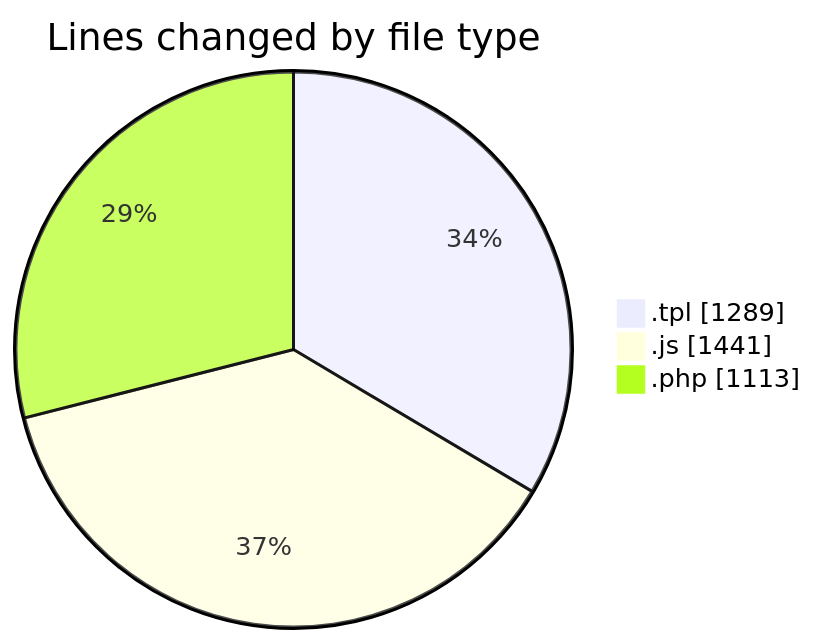
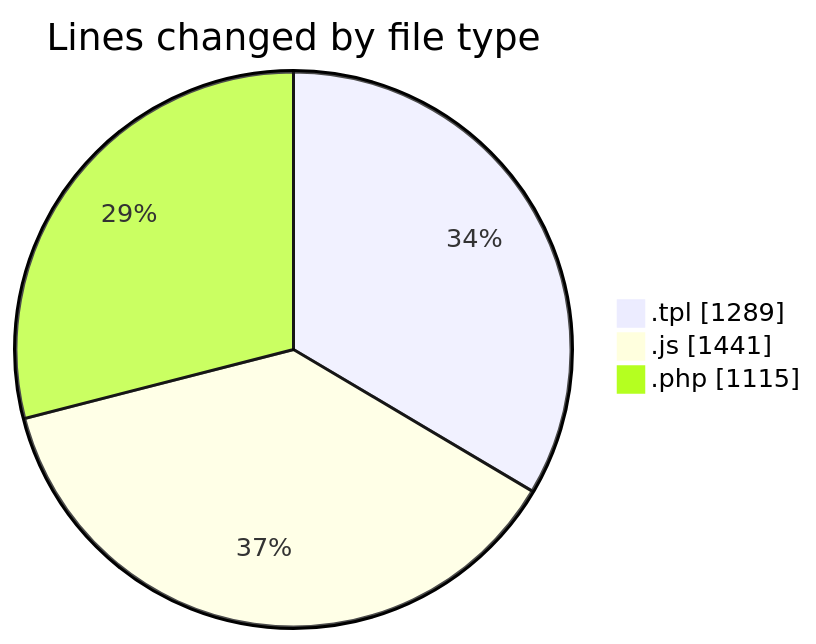
One commit to vahidmafi/code-tracking changed the first of 2 diagrams in 2025-03-24/zeytoon/README.md. Above: the diagram before and after it, drawn with Mermaid. The commit also changed other lines of this file and 1 other file, not shown here.

````diff
--- a/2025-03-24/zeytoon/README.md
+++ b/2025-03-24/zeytoon/README.md
@@ -23,7 +23,7 @@
 ```mermaid
 pie showData
 title Lines changed by file type
 ".tpl" : 1289
 ".js" : 1441
-".php" : 1113
+".php" : 1115
 ```
````
